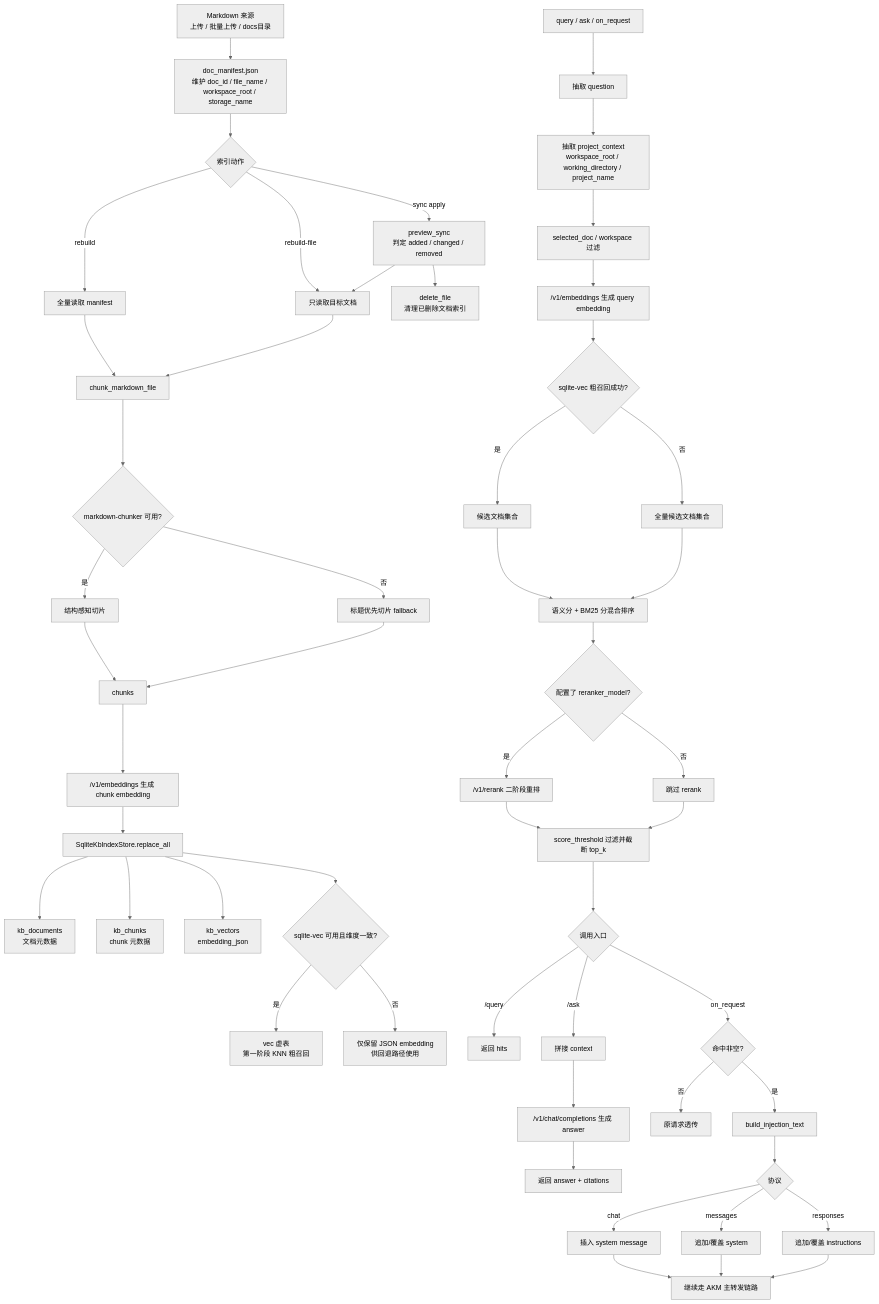
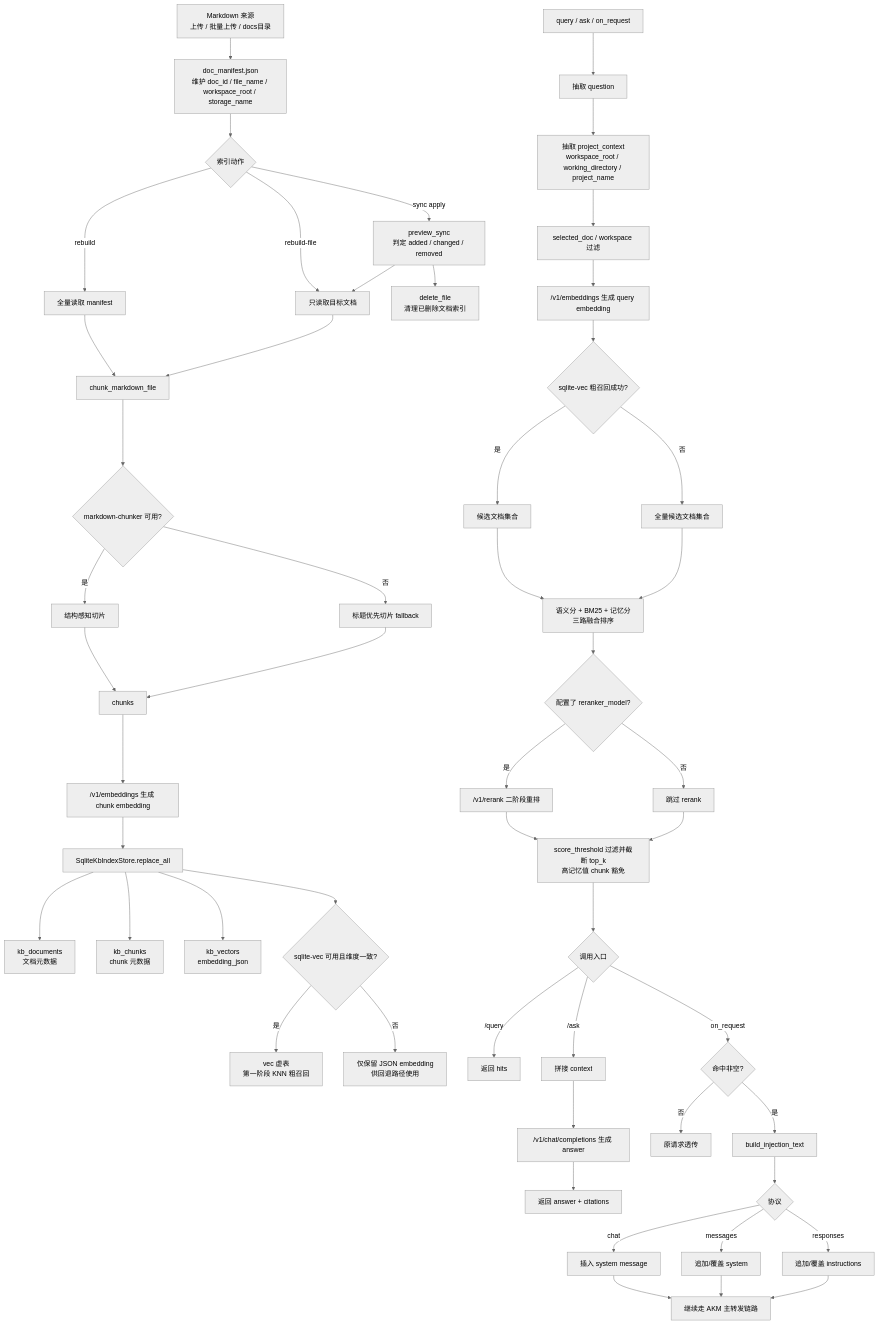
One commit to nkHub/akm changed the diagram in docs/design/markdown-kb-plugin.md. Above: the diagram before and after it, drawn with Mermaid (neutral theme). The commit also changed other lines of this file and 2 other files, not shown here.

````diff
--- a/docs/design/markdown-kb-plugin.md
+++ b/docs/design/markdown-kb-plugin.md
@@ -966,58 +948,58 @@
 ```mermaid
 flowchart TD
     A["Markdown 来源<br/>上传 / 批量上传 / docs目录"] --> B["doc_manifest.json<br/>维护 doc_id / file_name / workspace_root / storage_name"]
     B --> C{"索引动作"}
     C -->|rebuild| D["全量读取 manifest"]
     C -->|rebuild-file| E["只读取目标文档"]
     C -->|sync apply| F["preview_sync<br/>判定 added / changed / removed"]
     F --> E
     F --> G["delete_file<br/>清理已删除文档索引"]
 
     D --> H["chunk_markdown_file"]
     E --> H
     H --> I{"markdown-chunker 可用?"}
     I -->|是| J["结构感知切片"]
     I -->|否| K["标题优先切片 fallback"]
     J --> L["chunks"]
     K --> L
 
     L --> M["/v1/embeddings 生成 chunk embedding"]
     M --> N["SqliteKbIndexStore.replace_all"]
     N --> O["kb_documents<br/>文档元数据"]
     N --> P["kb_chunks<br/>chunk 元数据"]
     N --> Q["kb_vectors<br/>embedding_json"]
     N --> R{"sqlite-vec 可用且维度一致?"}
     R -->|是| S["vec 虚表<br/>第一阶段 KNN 粗召回"]
     R -->|否| T["仅保留 JSON embedding<br/>供回退路径使用"]
 
     U["query / ask / on_request"] --> V["抽取 question"]
     V --> W["抽取 project_context<br/>workspace_root / working_directory / project_name"]
     W --> X["selected_doc / workspace 过滤"]
     X --> Y["/v1/embeddings 生成 query embedding"]
     Y --> Z{"sqlite-vec 粗召回成功?"}
     Z -->|是| AA["候选文档集合"]
     Z -->|否| AB["全量候选文档集合"]
-    AA --> AC["语义分 + BM25 分混合排序"]
+    AA --> AC["语义分 + BM25 + 记忆分<br/>三路融合排序"]
     AB --> AC
     AC --> AD{"配置了 reranker_model?"}
     AD -->|是| AE["/v1/rerank 二阶段重排"]
     AD -->|否| AF["跳过 rerank"]
-    AE --> AG["score_threshold 过滤并截断 top_k"]
+    AE --> AG["score_threshold 过滤并截断 top_k<br/>高记忆值 chunk 豁免"]
     AF --> AG
 
     AG --> AH{"调用入口"}
     AH -->|/query| AI["返回 hits"]
     AH -->|/ask| AJ["拼接 context"]
     AJ --> AK["/v1/chat/completions 生成 answer"]
     AK --> AL["返回 answer + citations"]
     AH -->|on_request| AM{"命中非空?"}
     AM -->|否| AN["原请求透传"]
     AM -->|是| AO["build_injection_text"]
     AO --> AP{"协议"}
     AP -->|chat| AQ["插入 system message"]
     AP -->|messages| AR["追加/覆盖 system"]
     AP -->|responses| AS["追加/覆盖 instructions"]
     AQ --> AT["继续走 AKM 主转发链路"]
     AR --> AT
     AS --> AT
 ```
````
